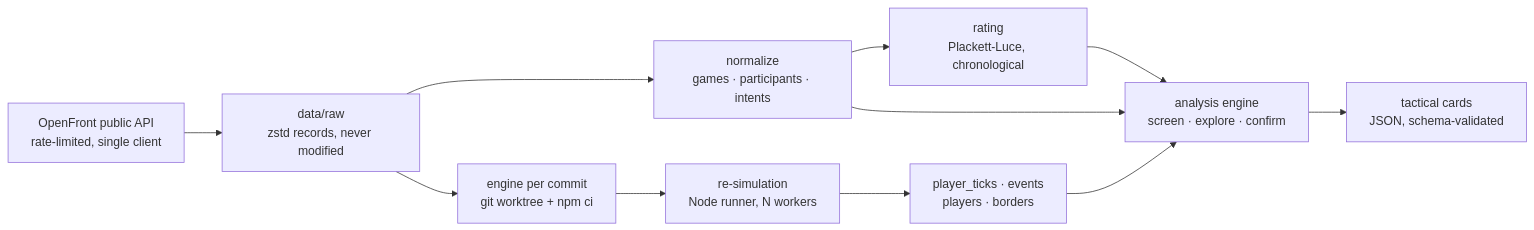
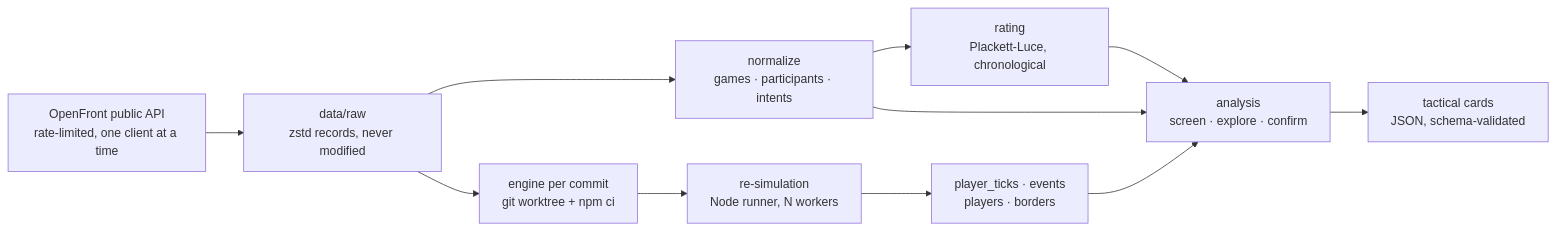
The diagram in README.md (Z-OxO/OFA), drawn with Mermaid before and after one commit. The commit also changed other lines of this file and 3 other files, not shown here.

First line of the commit message:
Le README devient visuel : un bandeau, un schéma du harnais, et la mesure en graphique

````diff
--- a/README.md
+++ b/README.md
@@ -85,13 +103,13 @@
 ```mermaid
 flowchart LR
-    A["OpenFront public API<br>rate-limited, single client"] --> B["data/raw<br>zstd records, never modified"]
+    A["OpenFront public API<br>rate-limited, one client at a time"] --> B["data/raw<br>zstd records, never modified"]
     B --> C["normalize<br>games · participants · intents"]
     B --> D["engine per commit<br>git worktree + npm ci"]
     D --> E["re-simulation<br>Node runner, N workers"]
     E --> F["player_ticks · events<br>players · borders"]
     C --> G["rating<br>Plackett-Luce, chronological"]
-    C --> H["analysis engine<br>screen · explore · confirm"]
+    C --> H["analysis<br>screen · explore · confirm"]
     F --> H
     G --> H
     H --> I["tactical cards<br>JSON, schema-validated"]
 ```
````
